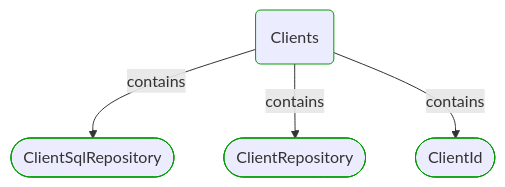
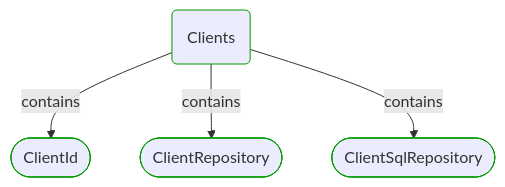
The third of 5 diagrams in Docs/P3/MermaidOutput/Modules/Sales/Clients/Clients.md (itlibrium/DDD-starter-dotnet), drawn with Mermaid before and after one commit. The commit also changed other lines of this file and 78 other files, not shown here.

````diff
--- a/Docs/P3/MermaidOutput/Modules/Sales/Clients/Clients.md
+++ b/Docs/P3/MermaidOutput/Modules/Sales/Clients/Clients.md
@@ -51,17 +51,17 @@
 ```mermaid
   flowchart TB
     0(Clients)
     class 0 DomainPerspective
-    1([ClientSqlRepository])
+    1([ClientId])
     class 1 DomainPerspective
     0-->|contains|1
     2([ClientRepository])
     class 2 DomainPerspective
     0-->|contains|2
-    3([ClientId])
+    3([ClientSqlRepository])
     class 3 DomainPerspective
     0-->|contains|3
     classDef DomainPerspective stroke:#009900
     classDef TechnologyPerspective stroke:#1F41EB
     classDef PeoplePerspective stroke:#FFF014
 ```
````
